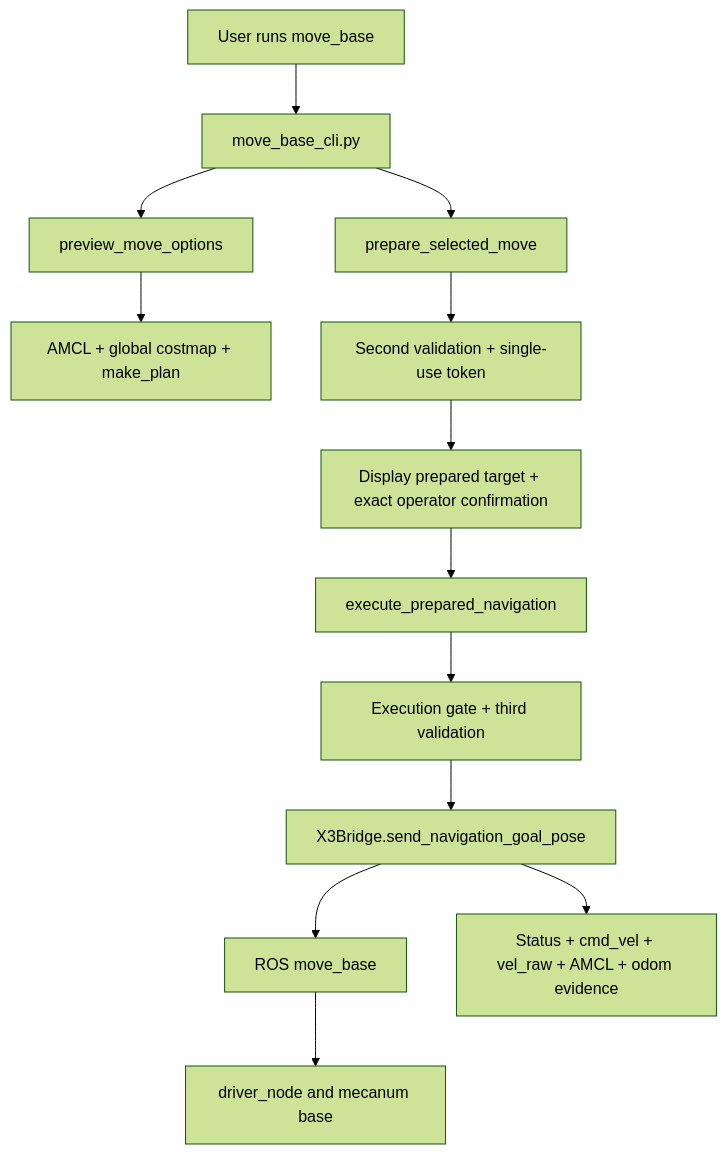
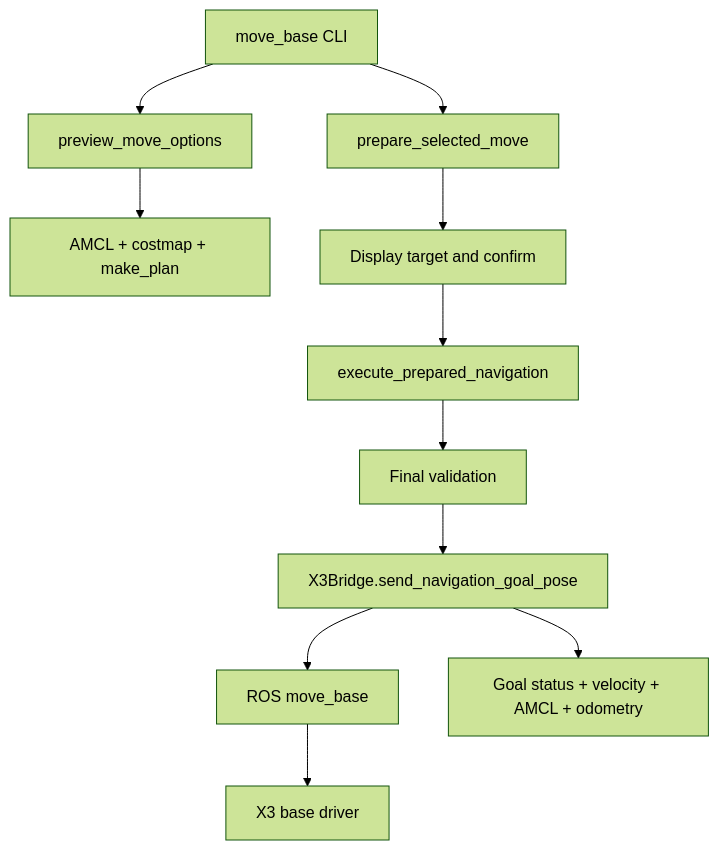
The diagram in docs/architecture.md (luoyg0831-a11y/robonix-rosmaster-x3-safe-move), drawn with Mermaid (forest theme) before and after one commit. The commit also changed other lines of this file and 18 other files, not shown here.

Commit message:
docs: clarify project language and validation status

````diff
--- a/docs/architecture.md
+++ b/docs/architecture.md
@@ -14,15 +13,13 @@
 ```mermaid
 flowchart TD
-    U["User runs move_base"] --> C["move_base_cli.py"]
-    C --> P["preview_move_options"]
-    P --> R["AMCL + global costmap + make_plan"]
-    C --> S["prepare_selected_move"]
-    S --> T["Second validation + single-use token"]
-    T --> H["Display prepared target + exact operator confirmation"]
-    H --> E["execute_prepared_navigation"]
-    E --> V["Execution gate + third validation"]
+    U["move_base CLI"] --> P["preview_move_options"]
+    P --> R["AMCL + costmap + make_plan"]
+    U --> S["prepare_selected_move"]
+    S --> C["Display target and confirm"]
+    C --> E["execute_prepared_navigation"]
+    E --> V["Final validation"]
     V --> B["X3Bridge.send_navigation_goal_pose"]
     B --> M["ROS move_base"]
-    M --> D["driver_node and mecanum base"]
-    B --> O["Status + cmd_vel + vel_raw + AMCL + odom evidence"]
+    M --> D["X3 base driver"]
+    B --> O["Goal status + velocity + AMCL + odometry"]
 ```
````
